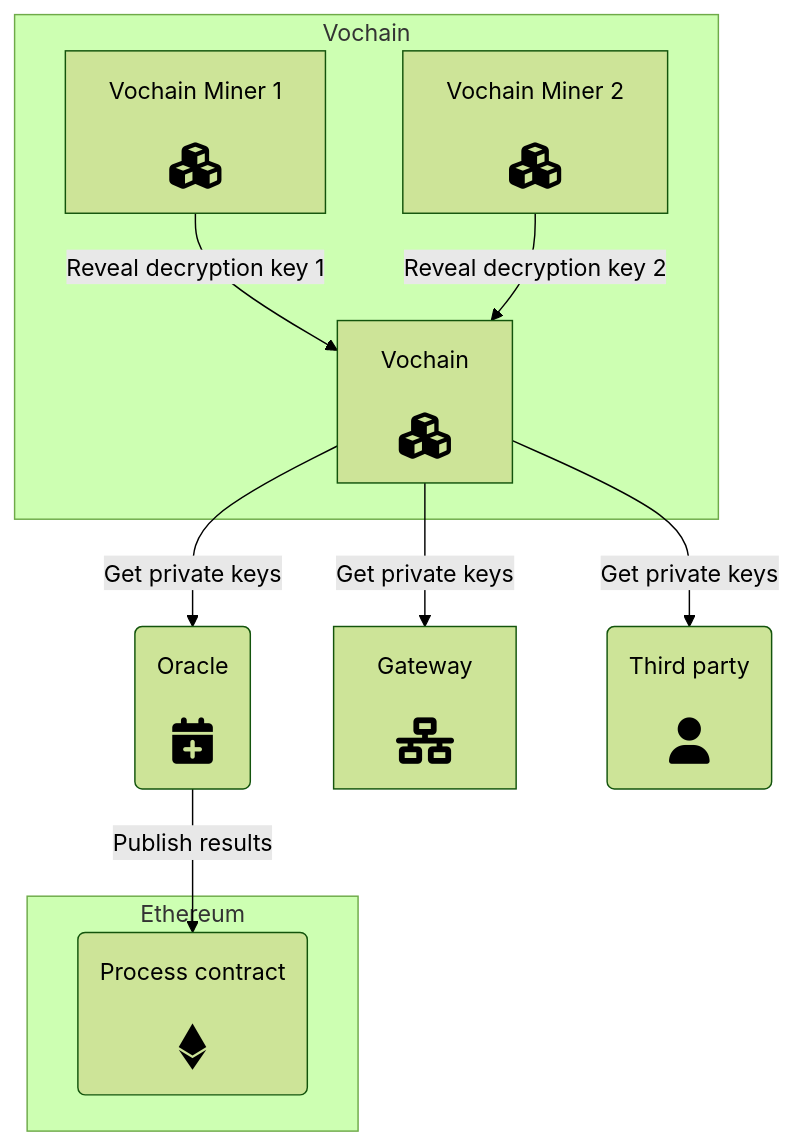
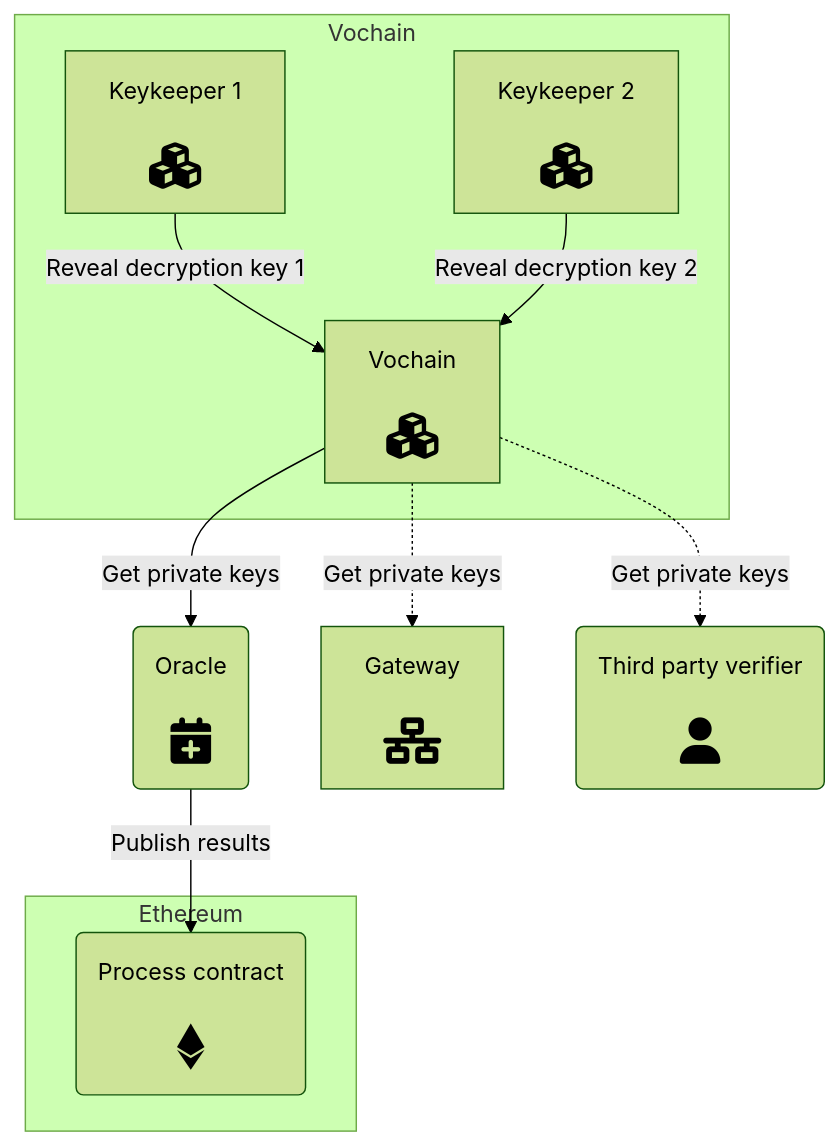
Before and after one commit to vocdoni/docs: the third of 3 diagrams in src/architecture/process-overview.md, drawn with Mermaid (forest theme). The commit also changed other lines of this file, not shown here.

````diff
--- a/src/architecture/process-overview.md
+++ b/src/architecture/process-overview.md
@@ -89,29 +82,29 @@
 ```mermaid
 graph TD
 
-VM1[<center>Vochain Miner 1<br/><br/><i class='fa fa-2x fa-cubes'/></center>]
-VM2[<center>Vochain Miner 2<br/><br/><i class='fa fa-2x fa-cubes'/></center>]
+VM1[<center>Keykeeper 1<br/><br/><i class='fa fa-2x fa-cubes'/></center>]
+VM2[<center>Keykeeper 2<br/><br/><i class='fa fa-2x fa-cubes'/></center>]
 VOC[<center>Vochain<br/><br/><i class='fa fa-2x fa-cubes'/></center>]
 OC(<center>Oracle<br/><br/><i class='fa fa-2x fa-calendar-plus'/></center>)
 GW[<center>Gateway<br/><br/><i class='fa fa-2x fa-network-wired'/></center>]
-TP(<center>Third party<br/><br/><i class='fa fa-2x fa-user'/></center>)
+TP(<center>Third party verifier<br/><br/><i class='fa fa-2x fa-user'/></center>)
 PC(<center>Process contract<br/><br/><i class='fab fa-2x fa-ethereum'/></center>)
 
 VM1 -->|Reveal decryption key 1|VOC
 VM2 -->|Reveal decryption key 2|VOC
 VOC -->|Get private keys|OC
-VOC -->|Get private keys|GW
-VOC -->|Get private keys|TP
+VOC -.->|Get private keys|GW
+VOC -.->|Get private keys|TP
 OC -->|Publish results|PC
 
 subgraph Vochain
 	VM1
 	VM2
 	VOC
 end
 
 subgraph Ethereum
 	PC
 end
 
 ```
````
